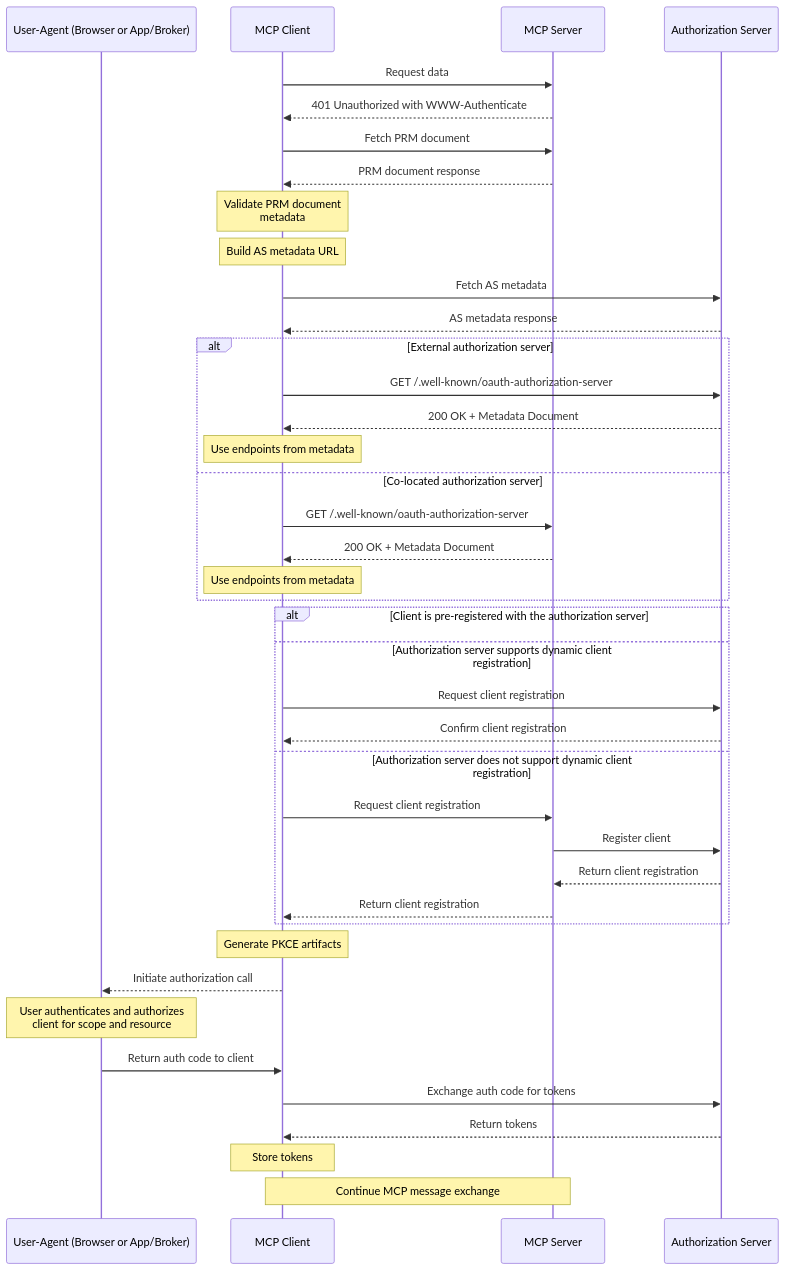
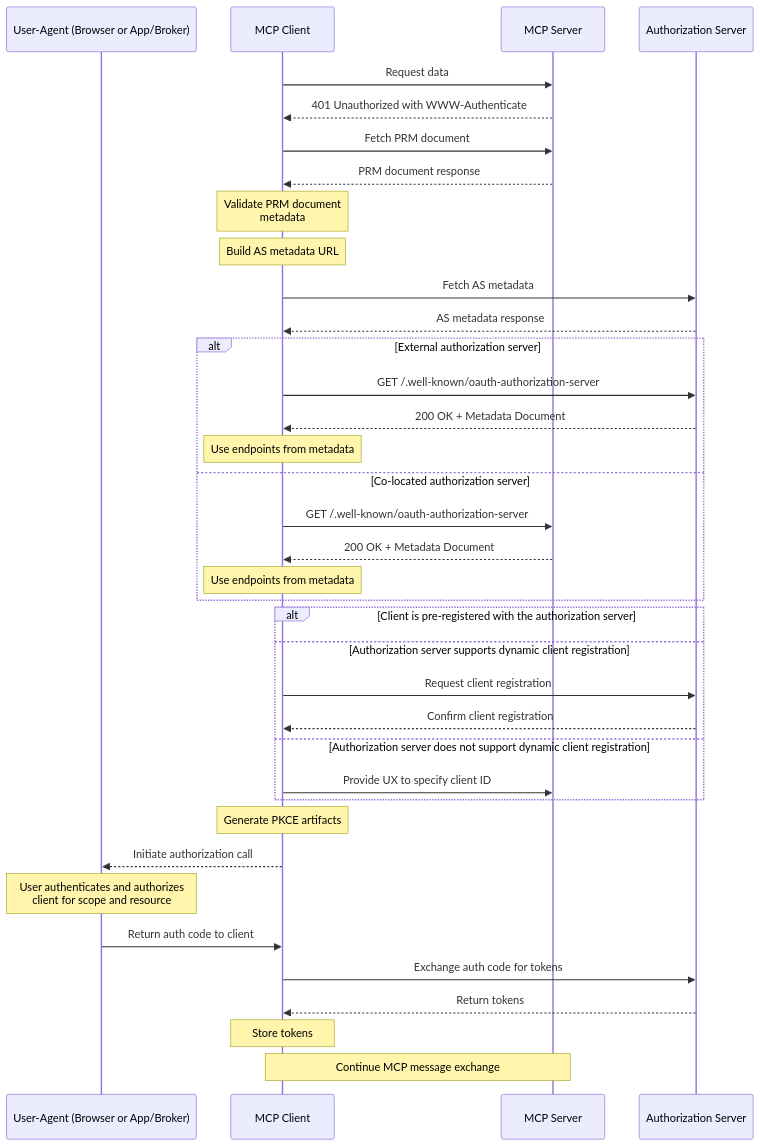
The third of 4 diagrams in docs/specification/2025-03-26/basic/authorization.mdx (modelcontextprotocol/specification), drawn with Mermaid before and after one commit. The commit also changed other lines of this file, not shown here.

````diff
--- a/docs/specification/2025-03-26/basic/authorization.mdx
+++ b/docs/specification/2025-03-26/basic/authorization.mdx
@@ -349,47 +349,44 @@
 ```mermaid
 sequenceDiagram
     participant UA as User-Agent (Browser or App/Broker)
     participant MC as MCP Client
     participant MS as MCP Server
     participant AS as Authorization Server
 
     MC->>MS: Request data
     MS-->>MC: 401 Unauthorized with WWW-Authenticate
 
     MC->>MS: Fetch PRM document
     MS-->>MC: PRM document response
     Note over MC: Validate PRM document<br/>metadata
     Note over MC: Build AS metadata URL
     MC->>AS: Fetch AS metadata
     AS-->>MC: AS metadata response
 
     alt External authorization server
         MC->>AS: GET /.well-known/oauth-authorization-server
         AS-->>MC: 200 OK + Metadata Document
         Note over MC: Use endpoints from metadata
     else Co-located authorization server
         MC->>MS: GET /.well-known/oauth-authorization-server
         MS-->>MC: 200 OK + Metadata Document
         Note over MC: Use endpoints from metadata
     end
 
     alt Client is pre-registered with the authorization server
     else Authorization server supports dynamic client registration
         MC->>AS: Request client registration
         AS-->>MC: Confirm client registration
     else Authorization server does not support dynamic client registration
-        MC->>MS: Request client registration
-        MS->>AS: Register client
-        AS-->>MS: Return client registration
-        MS-->>MC: Return client registration
+        MC->>MS: Provide UX to specify client ID
     end
 
     Note over MC: Generate PKCE artifacts
     MC-->>UA: Initiate authorization call
     Note over UA: User authenticates and authorizes<br/>client for scope and resource
     UA->>MC: Return auth code to client
     MC->>AS: Exchange auth code for tokens
     AS-->>MC: Return tokens
     Note over MC: Store tokens
     Note over MC, MS: Continue MCP message exchange
 ```
````
